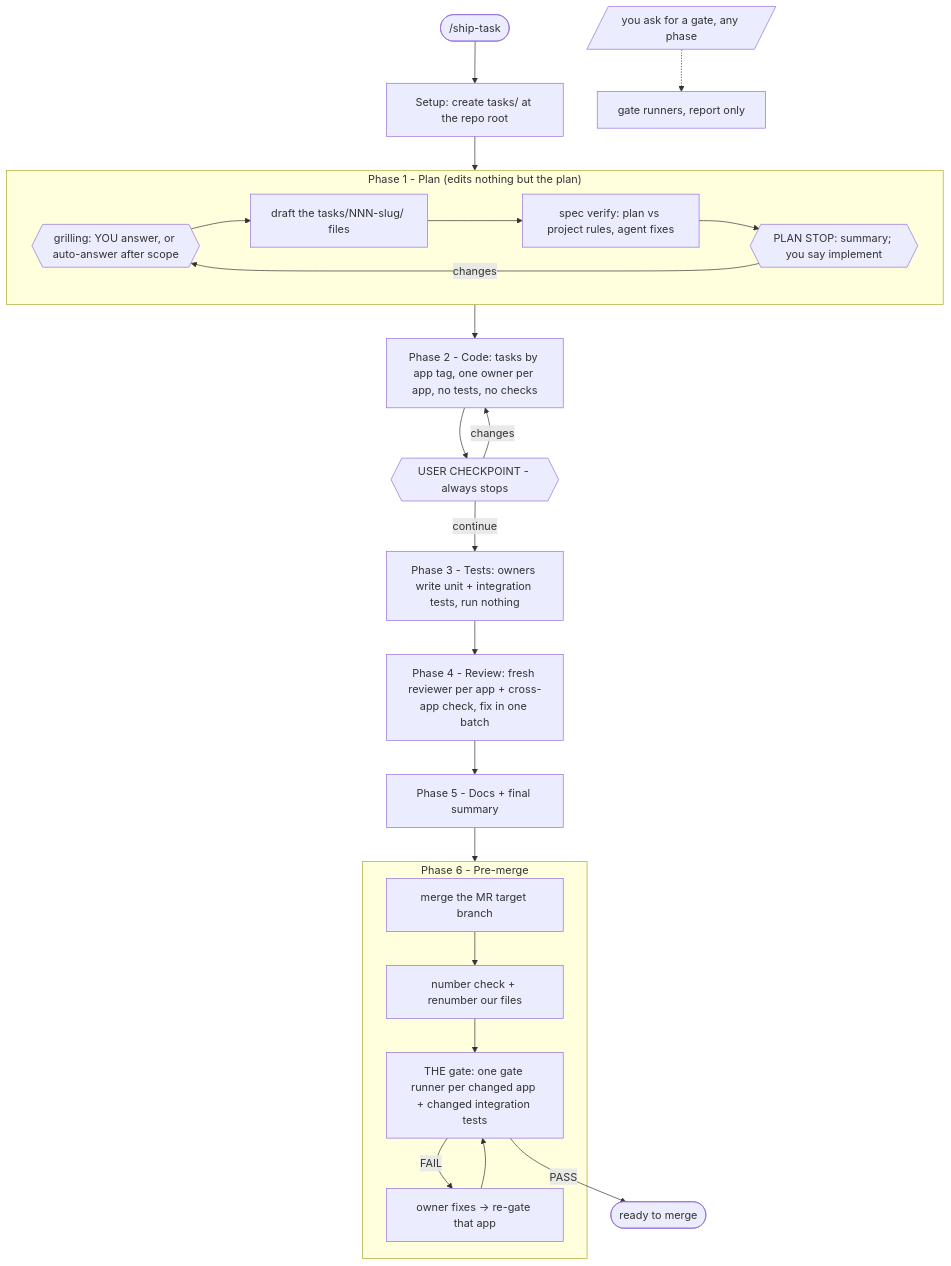
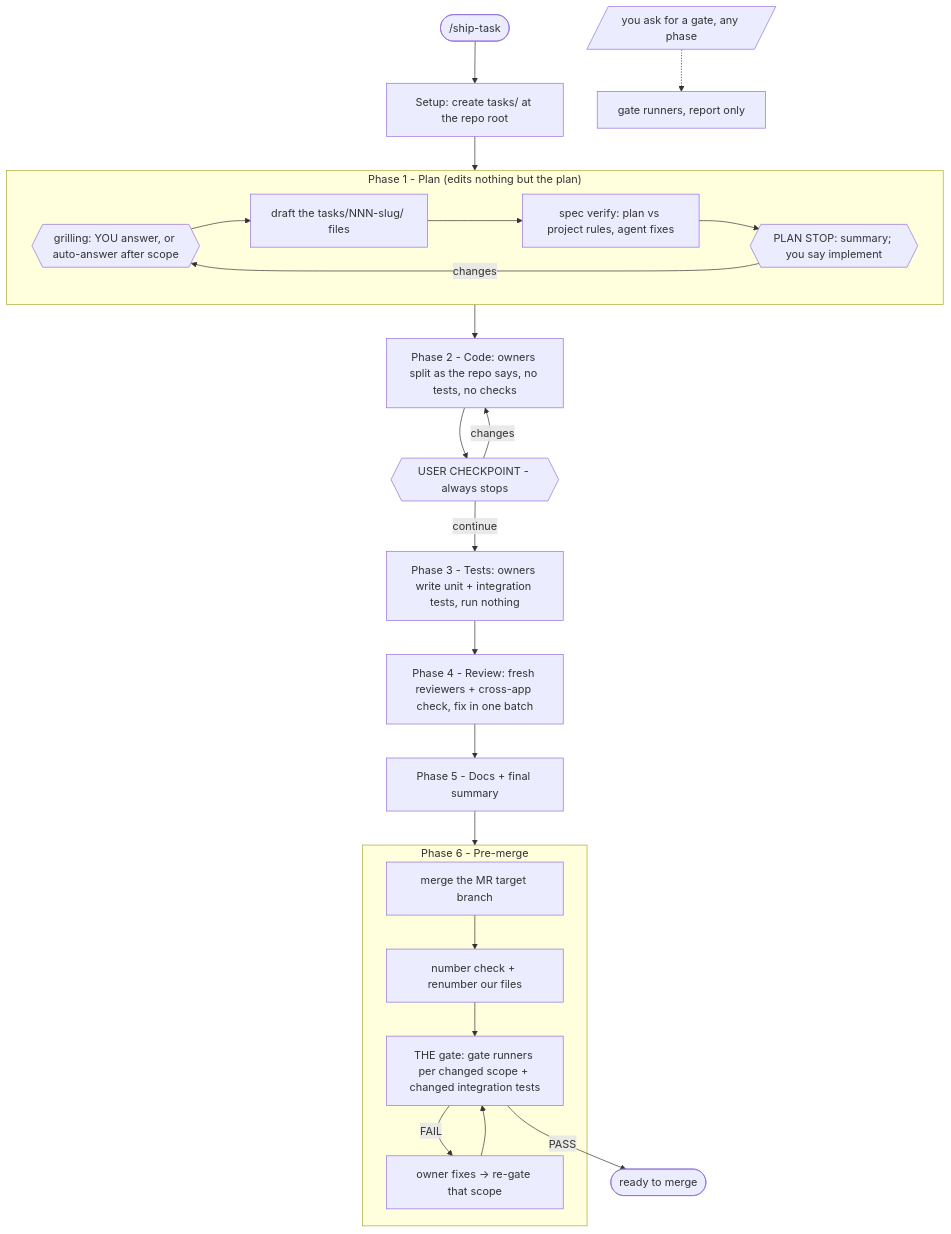
The diagram in plugins/naphatwx-tools/skills/ship-task/README.md (naphatwx/naphatwx-tools), drawn with Mermaid before and after one commit. The commit also changed other lines of this file and 24 other files, not shown here.

````diff
--- a/plugins/naphatwx-tools/skills/ship-task/README.md
+++ b/plugins/naphatwx-tools/skills/ship-task/README.md
@@ -22,29 +22,29 @@
 ```mermaid
 flowchart TD
     START([/ship-task]) --> SU[Setup: create tasks/ at the repo root]
     SU --> P0
     subgraph P0["Phase 1 - Plan (edits nothing but the plan)"]
         GR{{grilling: YOU answer, or auto-answer after scope}} --> DR[draft the tasks/NNN-slug/ files]
         DR --> VER[spec verify: plan vs project rules, agent fixes]
         VER --> PS{{PLAN STOP: summary; you say implement}}
         PS -->|changes| GR
     end
 
-    P0 --> P2[Phase 2 - Code: tasks by app tag, one owner per app, no tests, no checks]
+    P0 --> P2[Phase 2 - Code: owners split as the repo says, no tests, no checks]
     P2 --> CP{{USER CHECKPOINT - always stops}}
     CP -->|changes| P2
     CP -->|continue| P3[Phase 3 - Tests: owners write unit + integration tests, run nothing]
-    P3 --> P4[Phase 4 - Review: fresh reviewer per app + cross-app check, fix in one batch]
+    P3 --> P4[Phase 4 - Review: fresh reviewers + cross-app check, fix in one batch]
     P4 --> P5[Phase 5 - Docs + final summary]
     P5 --> P6
 
     subgraph P6["Phase 6 - Pre-merge"]
         M[merge the MR target branch] --> N[number check + renumber our files]
-        N --> G[THE gate: one gate runner per changed app + changed integration tests]
-        G -->|FAIL| F[owner fixes → re-gate that app]
+        N --> G[THE gate: gate runners per changed scope + changed integration tests]
+        G -->|FAIL| F[owner fixes → re-gate that scope]
         F --> G
     end
 
     G -->|PASS| DONE([ready to merge])
     ASK[/you ask for a gate, any phase/] -.-> ON[gate runners, report only]
 ```
````
